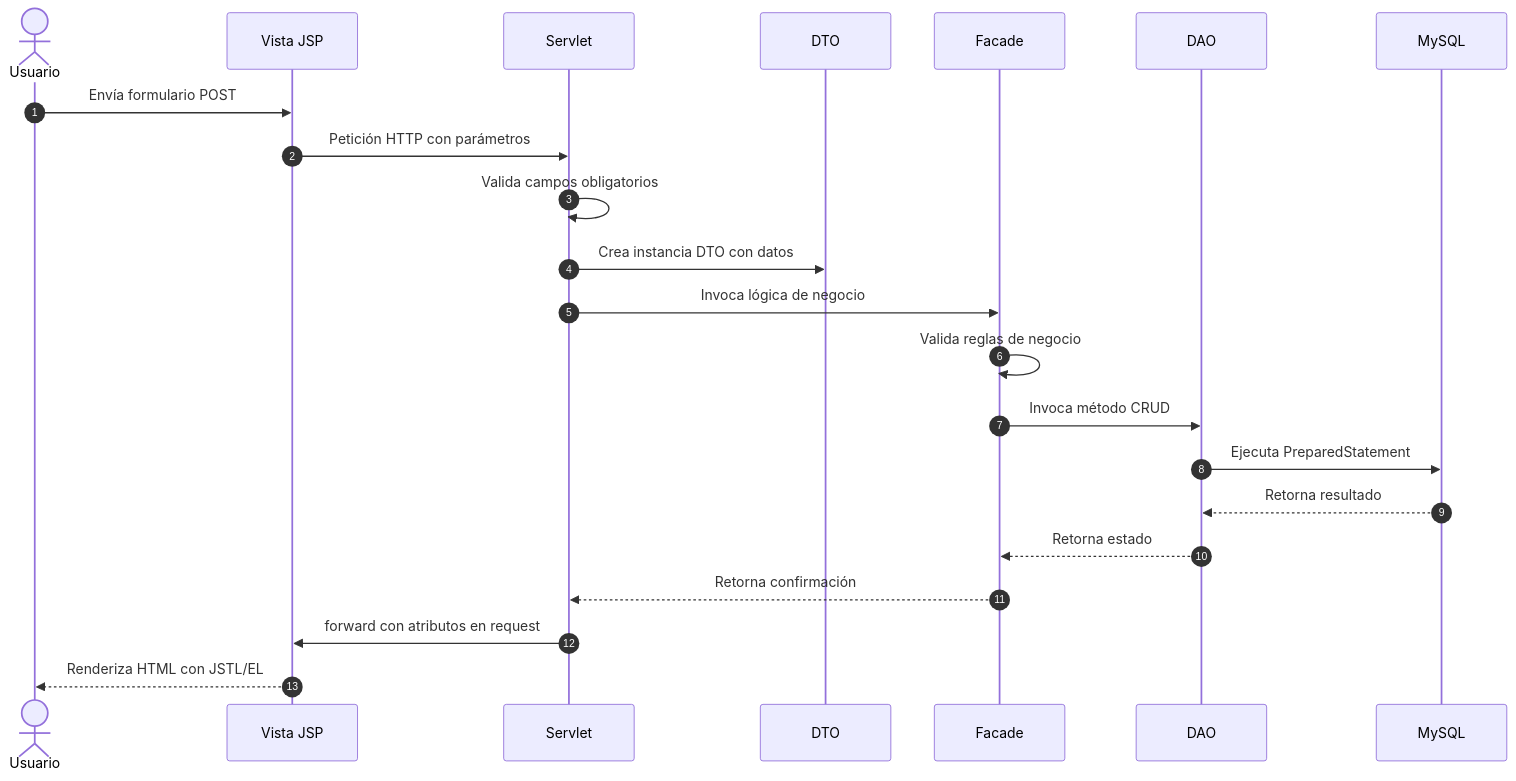
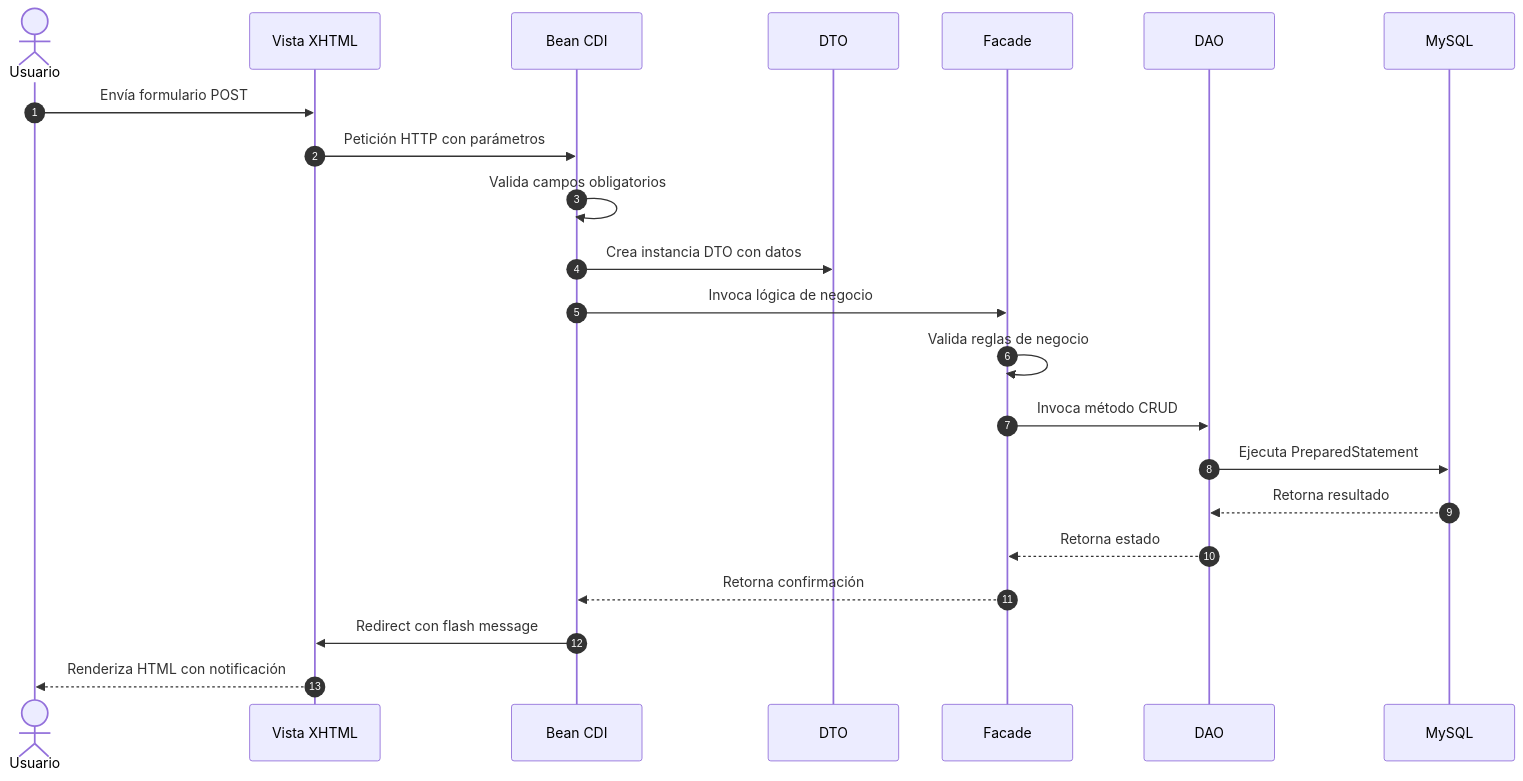
One commit to JeremiAlex04/Portal-Inmobiliario changed the fifth of 5 diagrams in README.md. Above: the diagram before and after it, drawn with Mermaid. The commit also changed other lines of this file and 656 other files, not shown here.

````diff
--- a/README.md
+++ b/README.md
@@ -42,25 +455,25 @@
 ```mermaid
 sequenceDiagram
     autonumber
     actor Usuario
-    participant V as Vista JSP
-    participant C as Servlet
+    participant V as Vista XHTML
+    participant C as Bean CDI
     participant D as DTO
     participant F as Facade
     participant A as DAO
     participant B as MySQL
 
     Usuario->>V: Envía formulario POST
     V->>C: Petición HTTP con parámetros
     C->>C: Valida campos obligatorios
     C->>D: Crea instancia DTO con datos
     C->>F: Invoca lógica de negocio
     F->>F: Valida reglas de negocio
     F->>A: Invoca método CRUD
     A->>B: Ejecuta PreparedStatement
     B-->>A: Retorna resultado
     A-->>F: Retorna estado
     F-->>C: Retorna confirmación
-    C->>V: forward con atributos en request
-    V-->>Usuario: Renderiza HTML con JSTL/EL
+    C->>V: Redirect con flash message
+    V-->>Usuario: Renderiza HTML con notificación
 ```
````
